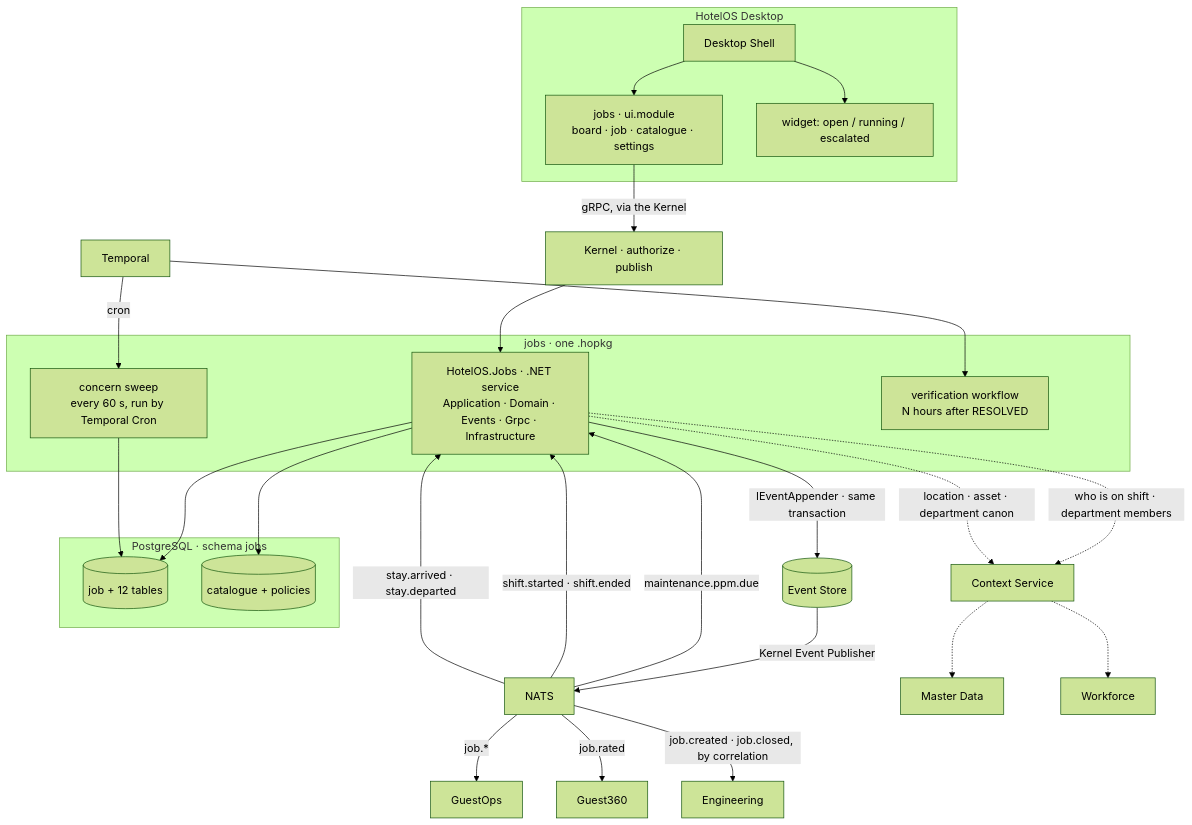
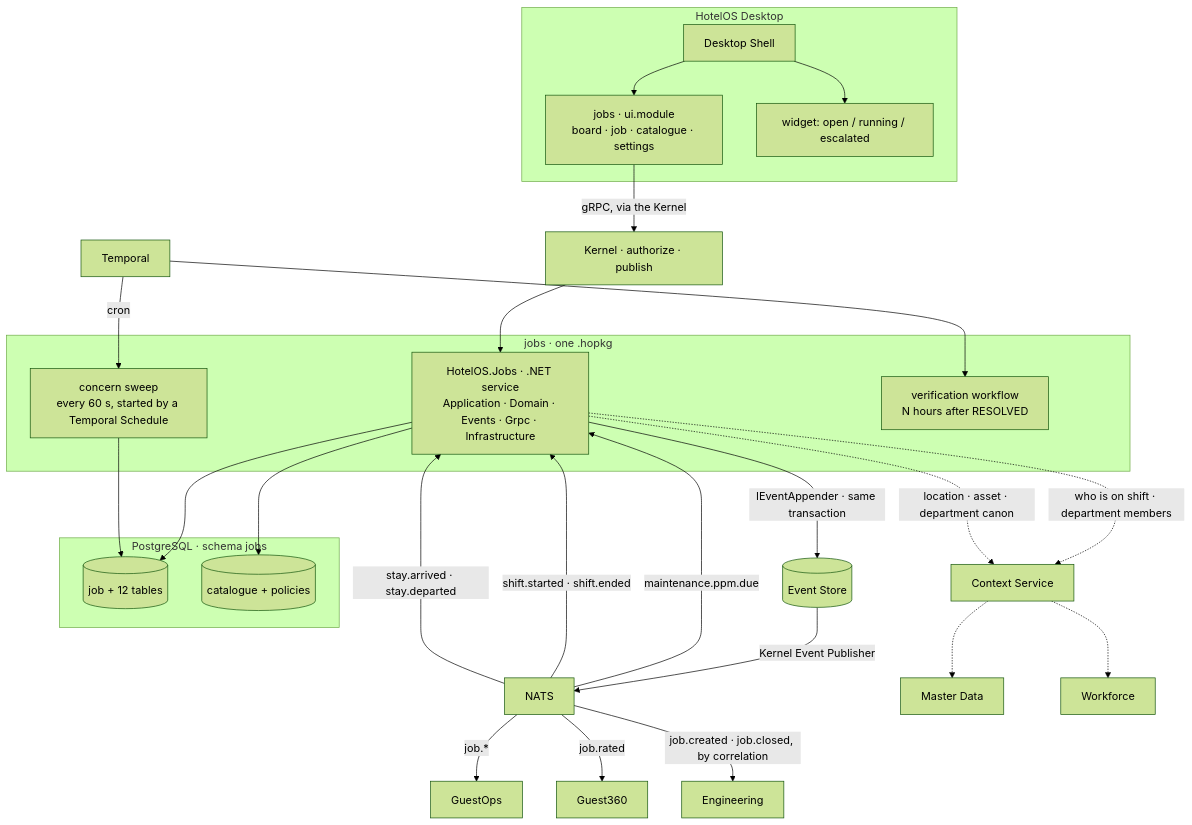
One commit to mahinshaaboobakar/hotelOsApps changed the diagram in jobs/docs/chapters/03-the-jobs-design.md. Above: the diagram before and after it, drawn with Mermaid (forest theme). The commit also changed other lines of this file and 5 other files, not shown here.

````diff
--- a/jobs/docs/chapters/03-the-jobs-design.md
+++ b/jobs/docs/chapters/03-the-jobs-design.md
@@ -35,51 +35,51 @@
 ```mermaid
 flowchart TB
     subgraph Desktop[HotelOS Desktop]
         Shell[Desktop Shell]
         JobsUI["jobs · ui.module<br/>board · job · catalogue · settings"]
         Widget["widget: open / running / escalated"]
     end
 
     subgraph PKG["jobs · one .hopkg"]
         SVC["HotelOS.Jobs · .NET service<br/>Application · Domain · Events · Grpc · Infrastructure"]
-        SWEEP["concern sweep<br/>every 60 s, run by Temporal Cron"]
+        SWEEP["concern sweep<br/>every 60 s, started by a Temporal Schedule"]
         VERIFY["verification workflow<br/>N hours after RESOLVED"]
     end
 
     subgraph Schema["PostgreSQL · schema jobs"]
         JOB[(job + 12 tables)]
         CAT[(catalogue + policies)]
     end
 
     K[Kernel · authorize · publish]
     ES[(Event Store)]
     NATS[NATS]
     CTX[Context Service]
     MD[Master Data]
     WF[Workforce]
     ENG[Engineering]
     GO[GuestOps]
     G360[Guest360]
     TEMP[Temporal]
 
     Shell --> JobsUI
     Shell --> Widget
     JobsUI -->|"gRPC, via the Kernel"| K --> SVC
     SVC --> JOB
     SVC --> CAT
     SVC -->|"IEventAppender · same transaction"| ES
     ES -->|"Kernel Event Publisher"| NATS
     NATS -->|"job.*"| GO
     NATS -->|"job.rated"| G360
     NATS -->|"job.created · job.closed, by correlation"| ENG
     NATS -->|"maintenance.ppm.due"| SVC
     NATS -->|"shift.started · shift.ended"| SVC
     NATS -->|"stay.arrived · stay.departed"| SVC
     SVC -.->|"who is on shift · department members"| CTX
     CTX -.-> WF
     SVC -.->|"location · asset · department canon"| CTX
     CTX -.-> MD
     TEMP -->|"cron"| SWEEP
     TEMP --> VERIFY
     SWEEP --> JOB
 ```
````
